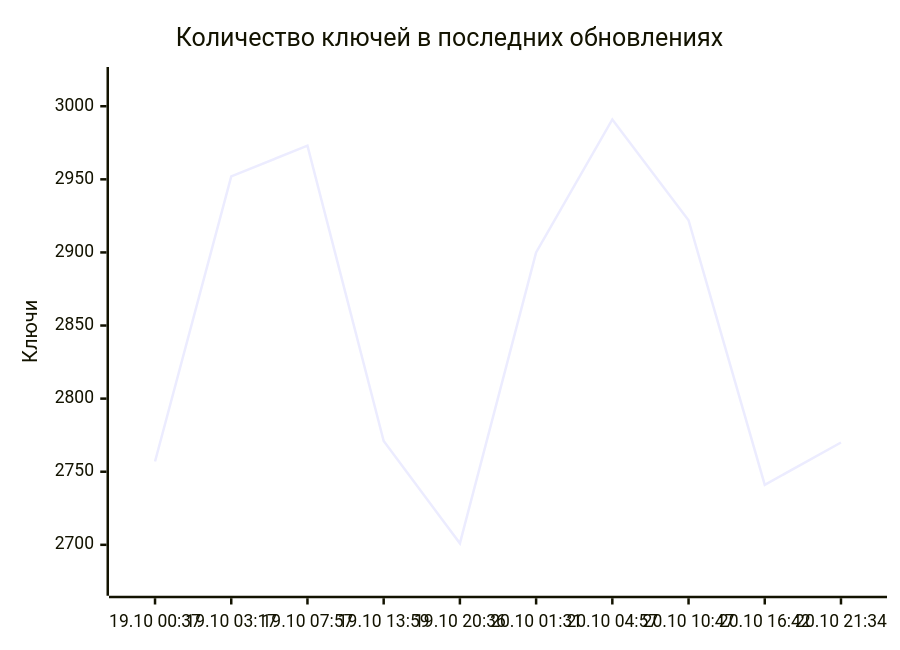
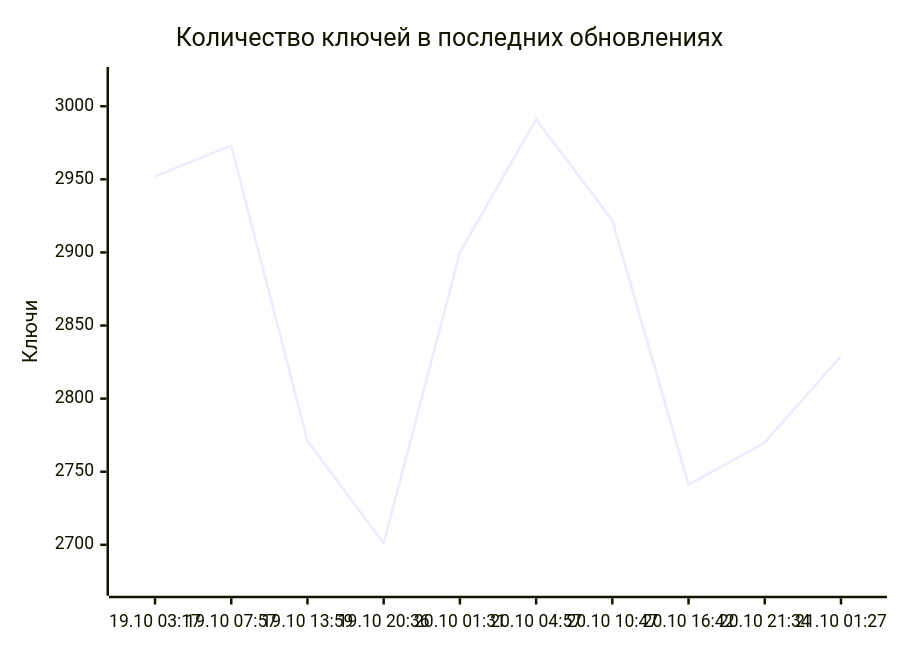
One commit to markKikhtenko/WireVeil changed the diagram in README.md. Above: the diagram before and after it, drawn with Mermaid. The commit also changed other lines of this file and 12 other files, not shown here.

````diff
--- a/README.md
+++ b/README.md
@@ -55,7 +55,7 @@
 ```mermaid
 xychart-beta
     title "Количество ключей в последних обновлениях"
-    x-axis ["19.10 00:37", "19.10 03:17", "19.10 07:57", "19.10 13:59", "19.10 20:36", "20.10 01:31", "20.10 04:57", "20.10 10:47", "20.10 16:42", "20.10 21:34"]
+    x-axis ["19.10 03:17", "19.10 07:57", "19.10 13:59", "19.10 20:36", "20.10 01:31", "20.10 04:57", "20.10 10:47", "20.10 16:42", "20.10 21:34", "21.10 01:27"]
     y-axis "Ключи" 2672 --> 3020
-    line [2757, 2952, 2973, 2771, 2701, 2900, 2991, 2922, 2741, 2770]
+    line [2952, 2973, 2771, 2701, 2900, 2991, 2922, 2741, 2770, 2829]
 ```
````
